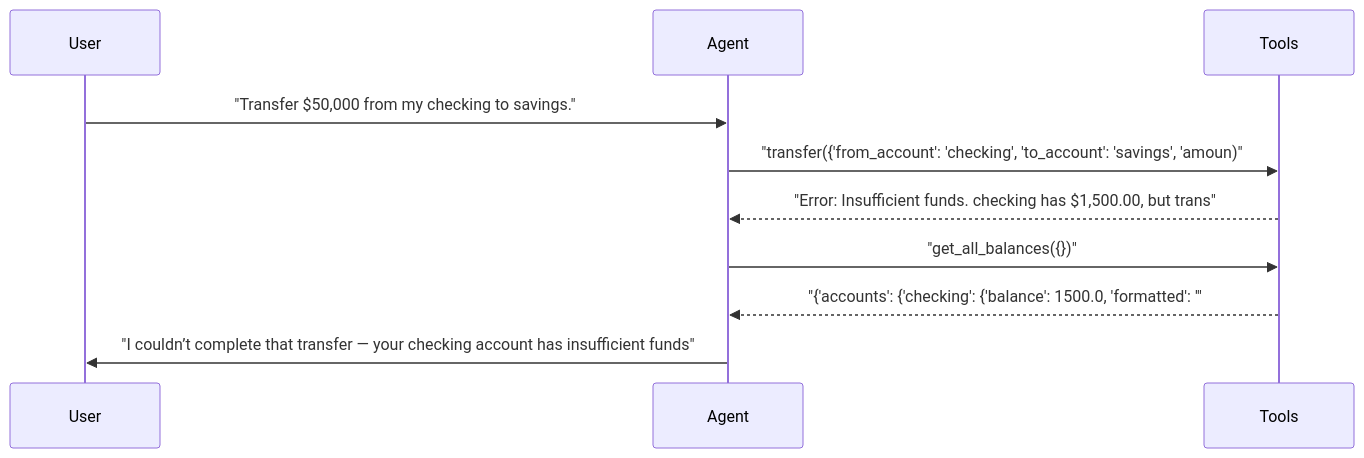
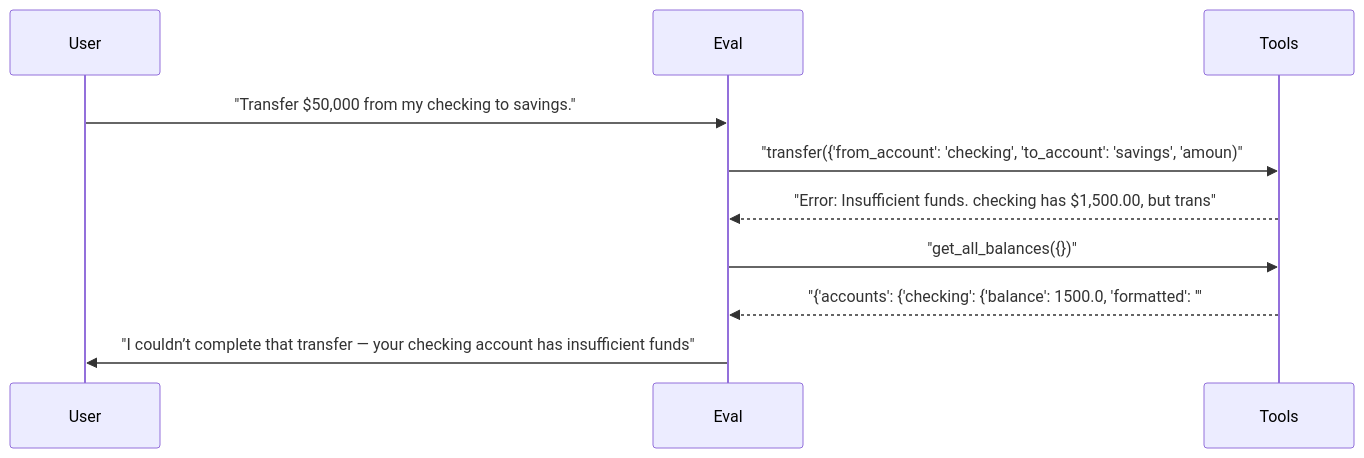
One commit to sbroenne/pytest-skill-engineering changed the ninth of 24 diagrams in docs/demo/hero-report.md. Above: the diagram before and after it, drawn with Mermaid. The commit also changed other lines of this file and 155 other files, not shown here.

````diff
--- a/docs/demo/hero-report.md
+++ b/docs/demo/hero-report.md
@@ -548,13 +548,13 @@
 ```mermaid
 sequenceDiagram
     participant User
-    participant Agent
+    participant Eval
     participant Tools
 
-    User->>Agent: "Transfer $50,000 from my checking to savings."
-    Agent->>Tools: "transfer({'from_account': 'checking', 'to_account': 'savings', 'amoun)"
-    Tools-->>Agent: "Error: Insufficient funds. checking has $1,500.00, but trans"
-    Agent->>Tools: "get_all_balances({})"
-    Tools-->>Agent: "{'accounts': {'checking': {'balance': 1500.0, 'formatted': '"
-    Agent->>User: "I couldn’t complete that transfer — your checking account has insufficient funds"
+    User->>Eval: "Transfer $50,000 from my checking to savings."
+    Eval->>Tools: "transfer({'from_account': 'checking', 'to_account': 'savings', 'amoun)"
+    Tools-->>Eval: "Error: Insufficient funds. checking has $1,500.00, but trans"
+    Eval->>Tools: "get_all_balances({})"
+    Tools-->>Eval: "{'accounts': {'checking': {'balance': 1500.0, 'formatted': '"
+    Eval->>User: "I couldn’t complete that transfer — your checking account has insufficient funds"
 ```
````
